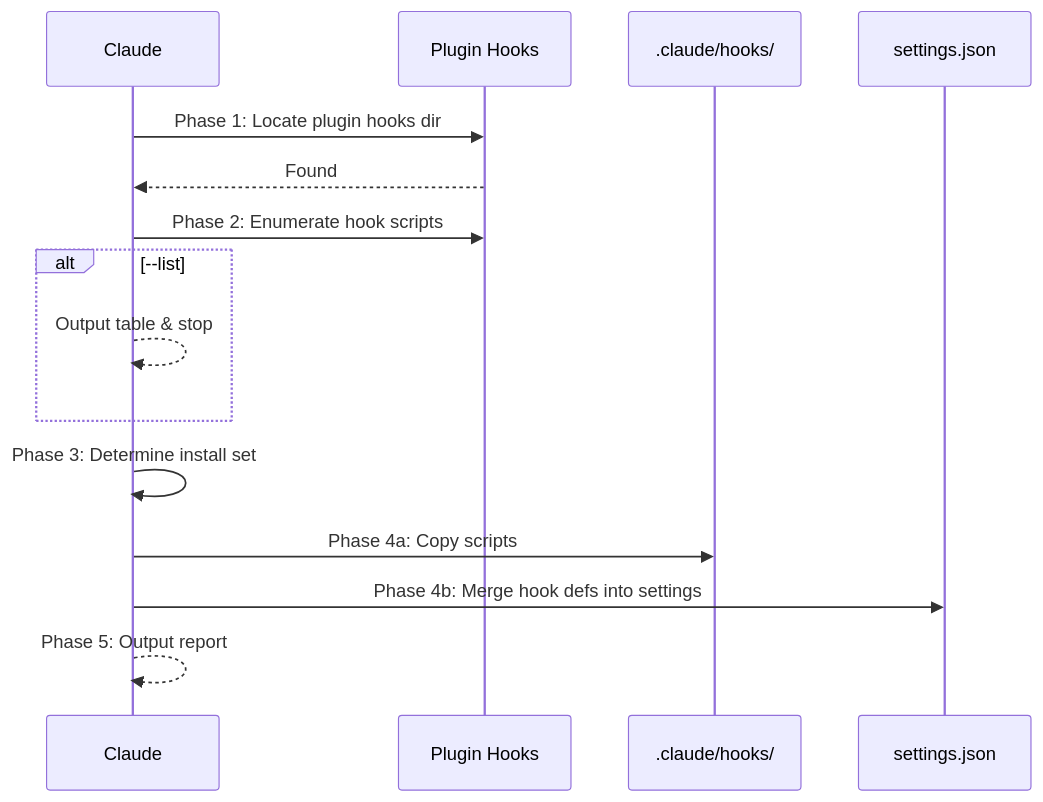
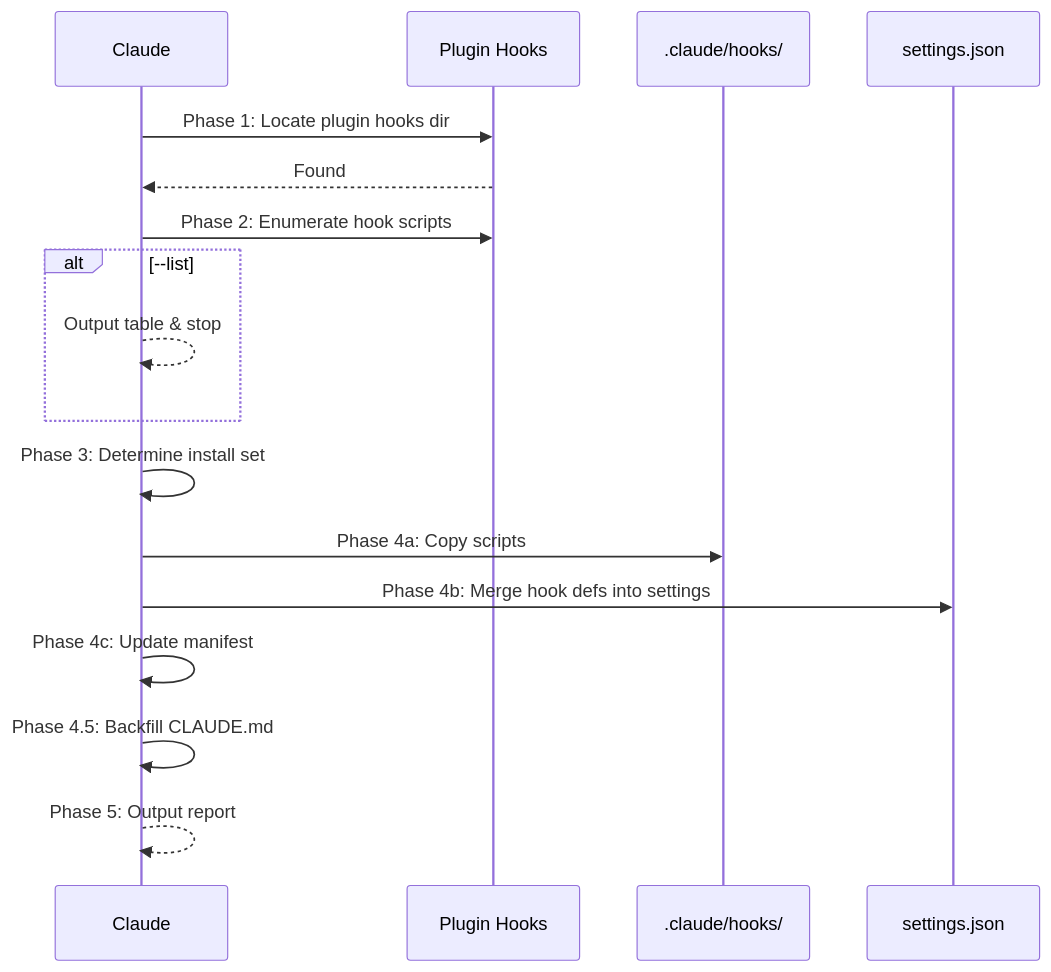
Before and after one commit to jupiter-Pulin/Uranus-dev-flow: the diagram in commands/install-hooks.md, drawn with Mermaid. The commit also changed other lines of this file and 3 other files, not shown here.

````diff
--- a/commands/install-hooks.md
+++ b/commands/install-hooks.md
@@ -20,18 +20,20 @@
 ```mermaid
 sequenceDiagram
     participant C as Claude
     participant P as Plugin Hooks
     participant S as .claude/hooks/
     participant J as settings.json
 
     C->>P: Phase 1: Locate plugin hooks dir
     P-->>C: Found
     C->>P: Phase 2: Enumerate hook scripts
     alt --list
         C-->>C: Output table & stop
     end
     C->>C: Phase 3: Determine install set
     C->>S: Phase 4a: Copy scripts
     C->>J: Phase 4b: Merge hook defs into settings
+    C->>C: Phase 4c: Update manifest
+    C->>C: Phase 4.5: Backfill CLAUDE.md
     C-->>C: Phase 5: Output report
 ```
````
